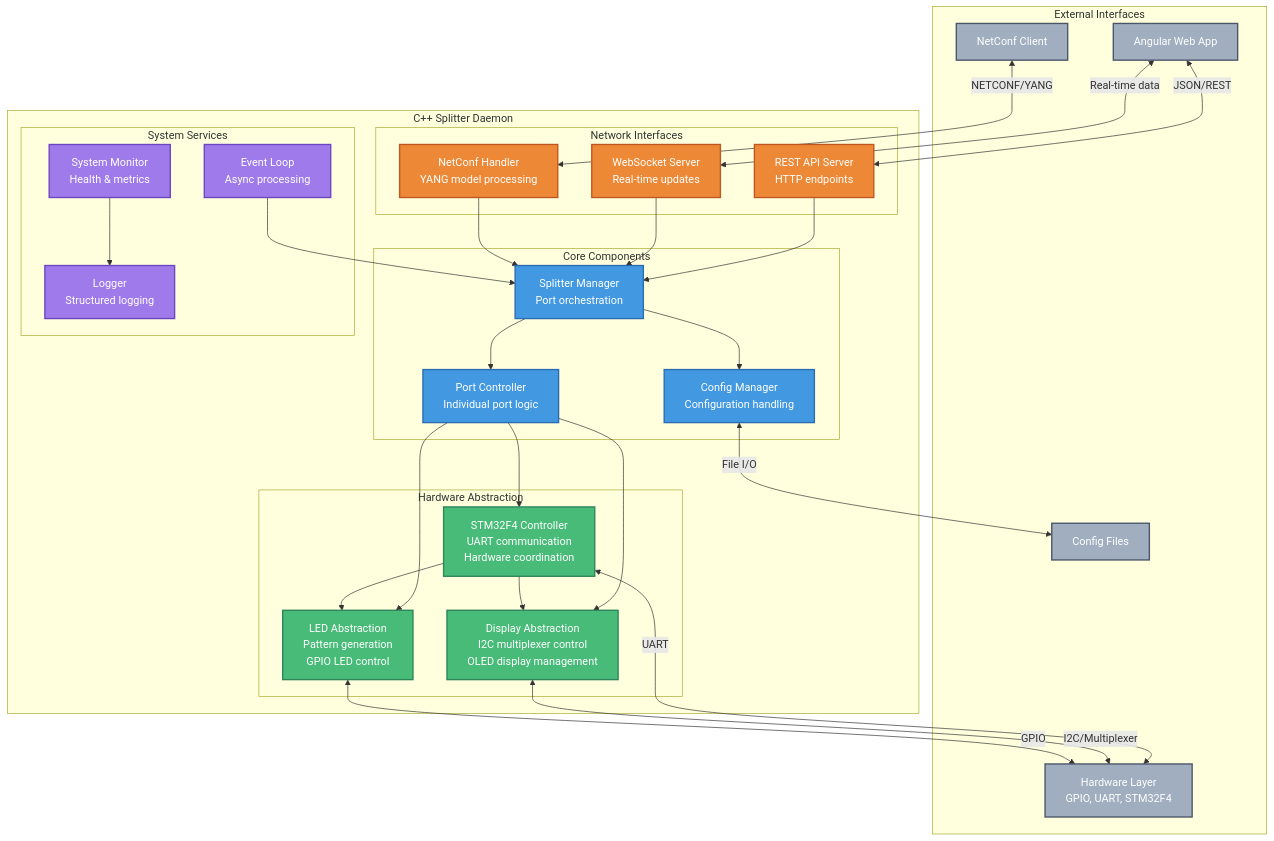
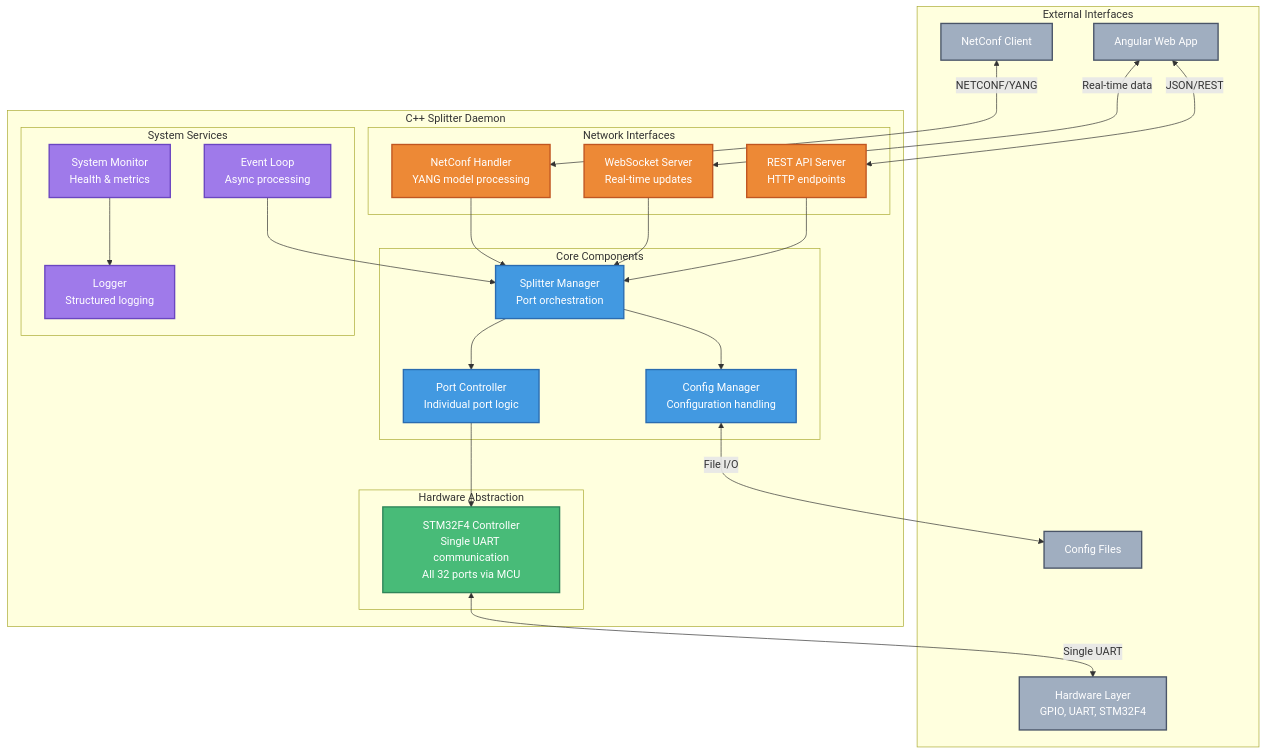
Before and after one commit to alandovskis/lband-splitter: the third of 5 diagrams in README.md, drawn with Mermaid. The commit also changed other lines of this file, not shown here.

First line of the commit message:
Update README.md architecture documentation

````diff
--- a/README.md
+++ b/README.md
@@ -103,71 +101,63 @@
 ```mermaid
 graph TB
     subgraph "C++ Splitter Daemon"
         subgraph "Core Components"
             SplitterManager[Splitter Manager<br/>Port orchestration]
             PortController[Port Controller<br/>Individual port logic]
             ConfigManager[Config Manager<br/>Configuration handling]
         end
         
         subgraph "Hardware Abstraction"
-            STM32Controller[STM32F4 Controller<br/>UART communication<br/>Hardware coordination]
-            DisplayAbstraction[Display Abstraction<br/>I2C multiplexer control<br/>OLED display management]
-            LEDAbstraction[LED Abstraction<br/>Pattern generation<br/>GPIO LED control]
+            STM32Controller[STM32F4 Controller<br/>Single UART communication<br/>All 32 ports via MCU]
         end
         
         subgraph "Network Interfaces"
             RESTServer[REST API Server<br/>HTTP endpoints]
             WebSocketServer[WebSocket Server<br/>Real-time updates]
             NetConfHandler[NetConf Handler<br/>YANG model processing]
         end
         
         subgraph "System Services"
             Logger[Logger<br/>Structured logging]
             Monitor[System Monitor<br/>Health & metrics]
             EventLoop[Event Loop<br/>Async processing]
         end
     end
     
     subgraph "External Interfaces"
         WebApp[Angular Web App]
         NetConfClient[NetConf Client]
         Hardware[Hardware Layer<br/>GPIO, UART, STM32F4]
         ConfigFiles[Config Files]
     end
     
     WebApp <-->|JSON/REST| RESTServer
     WebApp <-->|Real-time data| WebSocketServer
     NetConfClient <-->|NETCONF/YANG| NetConfHandler
     
     SplitterManager --> PortController
     SplitterManager --> ConfigManager
     PortController --> STM32Controller
-    PortController --> DisplayAbstraction
-    PortController --> LEDAbstraction
-    STM32Controller --> DisplayAbstraction
-    STM32Controller --> LEDAbstraction
     
     RESTServer --> SplitterManager
     WebSocketServer --> SplitterManager
     NetConfHandler --> SplitterManager
     
     Monitor --> Logger
     EventLoop --> SplitterManager
     
-    STM32Controller <-->|UART| Hardware
-    DisplayAbstraction <-->|I2C/Multiplexer| Hardware
-    LEDAbstraction <-->|GPIO| Hardware
+    STM32Controller <-->|Single UART| Hardware
     ConfigManager <-->|File I/O| ConfigFiles
     
     classDef core fill:#4299E1,stroke:#2B6CB0,stroke-width:2px,color:#fff
     classDef hardware fill:#48BB78,stroke:#2F855A,stroke-width:2px,color:#fff
     classDef network fill:#ED8936,stroke:#C05621,stroke-width:2px,color:#fff
     classDef system fill:#9F7AEA,stroke:#6B46C1,stroke-width:2px,color:#fff
     classDef external fill:#A0AEC0,stroke:#4A5568,stroke-width:2px,color:#fff
     
     class SplitterManager,PortController,ConfigManager core
-    class STM32Controller,DisplayAbstraction,LEDAbstraction hardware
+    class STM32Controller hardware
     class RESTServer,WebSocketServer,NetConfHandler network
     class Logger,Monitor,EventLoop system
     class WebApp,NetConfClient,Hardware,ConfigFiles external
 ```
````
